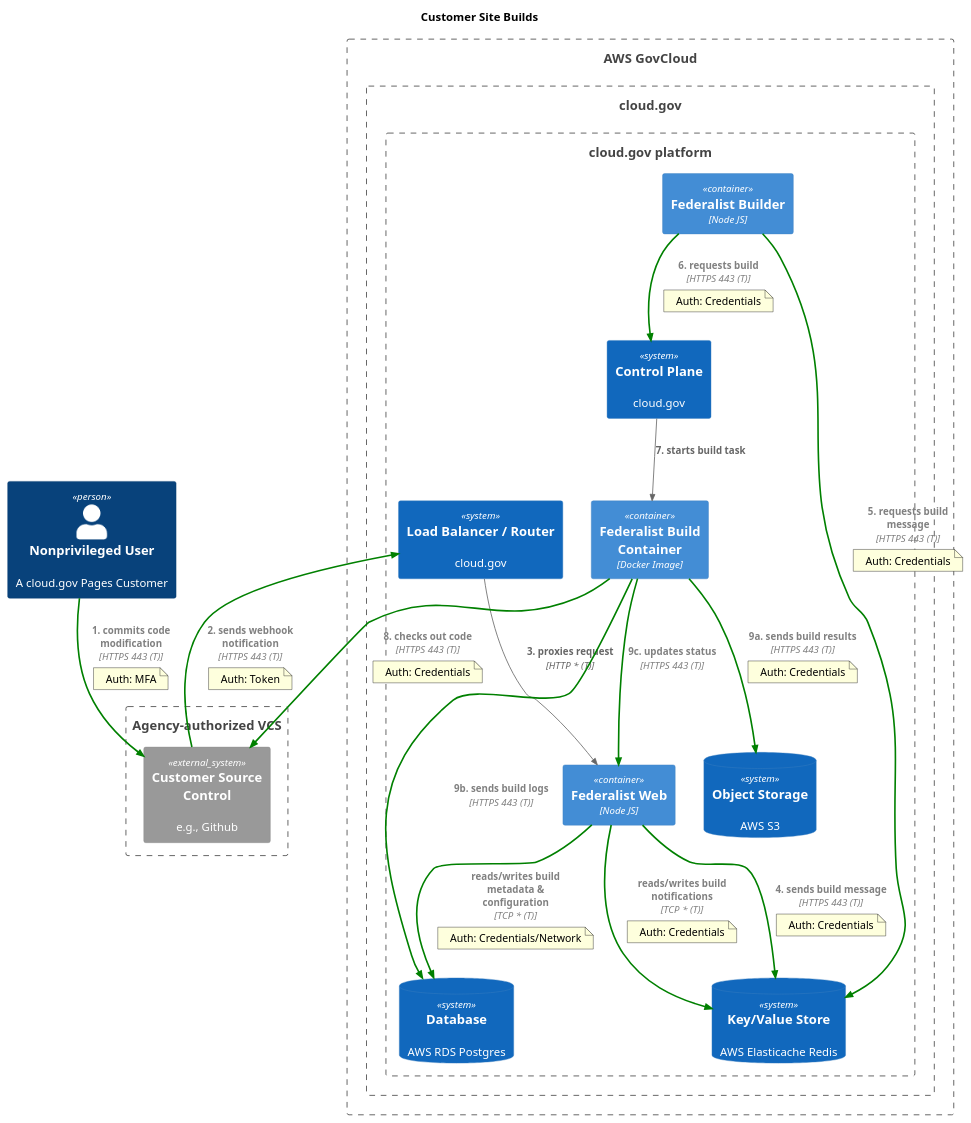
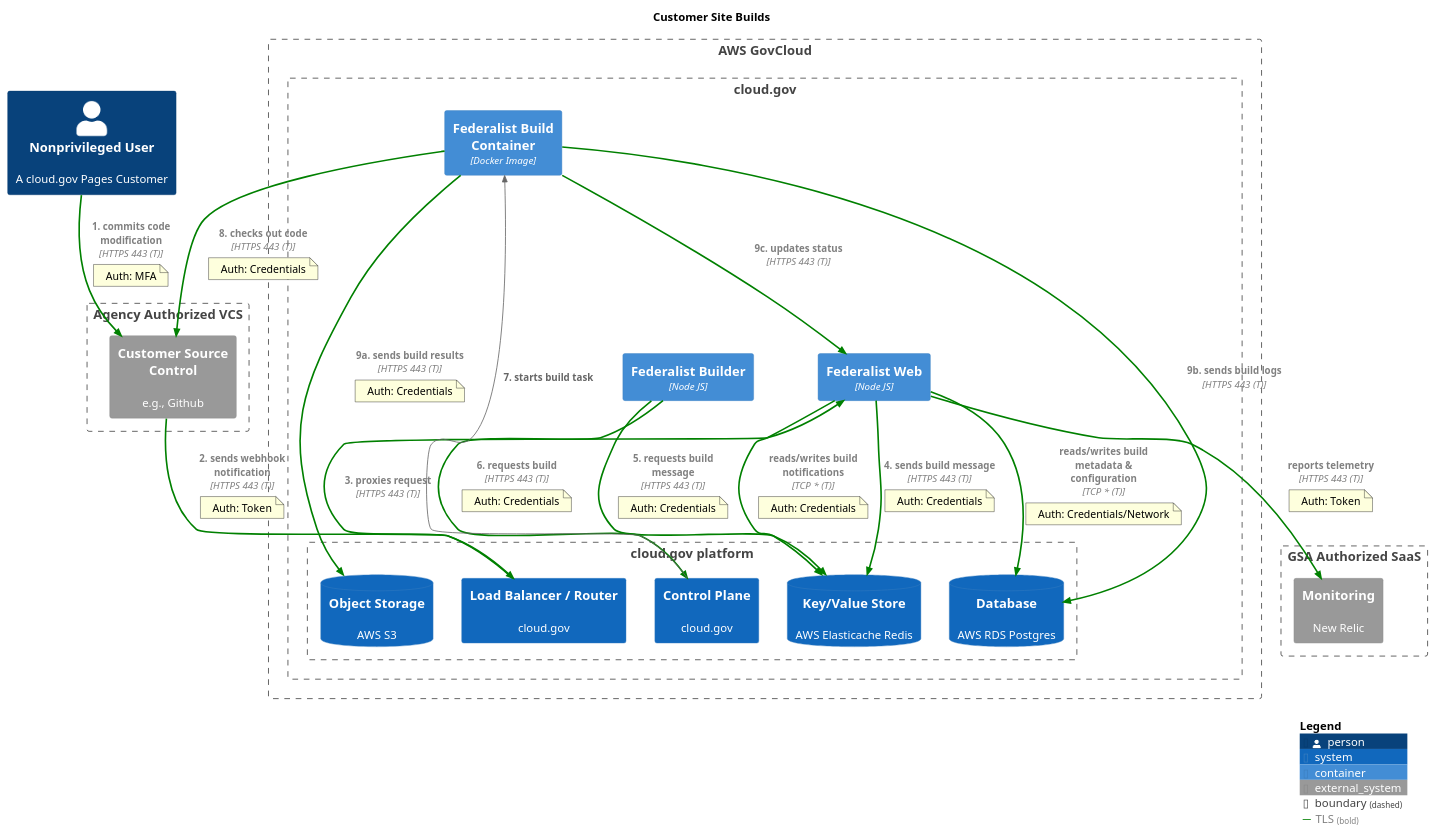
Before and after one commit to cloud-gov/system-diagrams: the diagram in source/diagrams/pages/builds.puml, drawn with PlantUML. The commit also changed 7 other files, not shown here.

Commit message:
update diagrams

```diff
--- a/source/diagrams/pages/builds.puml
+++ b/source/diagrams/pages/builds.puml
@@ -1,89 +1,98 @@
 @startuml builds
 !include https://raw.githubusercontent.com/plantuml-stdlib/C4-PlantUML/master/C4_Container.puml
 'https://github.com/plantuml-stdlib/C4-PlantUML
 
 title Customer Site Builds
 
 AddRelTag("TLS", $textColor="grey", $lineColor="green", $lineStyle=BoldLine())
 
 Person(npu, "Nonprivileged User", "A cloud.gov Pages Customer")
 'note "Auth: Token" as webhook
 
-Boundary(gsa, "Agency-authorized VCS") {
+Boundary(gsa, "Agency Authorized VCS") {
   System_Ext(gh, "Customer Source Control", "e.g., Github")
+}
+
+Boundary(gsa2, "GSA Authorized SaaS") {
+  System_Ext(nr, "Monitoring", "New Relic")
 }
 
 Boundary(awsgov, "AWS GovCloud") {
   Boundary(cloudgov, "cloud.gov") {
+    Container(core, "Federalist Web", "Node JS")
+    Container(builder, "Federalist Builder", "Node JS")
+    Container(build, "Federalist Build Container", "Docker Image")    
     Boundary(cloudgovplat, "cloud.gov platform") {
       System(elb, "Load Balancer / Router", "cloud.gov")
       System(cc, "Control Plane", "cloud.gov")
-      Container(core, "Federalist Web", "Node JS")
-      Container(builder, "Federalist Builder", "Node JS")
-      Container(build, "Federalist Build Container", "Docker Image")
       SystemDb(db, "Database", "AWS RDS Postgres")
       SystemDb(redis, "Key/Value Store", "AWS Elasticache Redis")
       SystemDb(s3, "Object Storage", "AWS S3")
     }
   }
 }
+Rel(core, nr, "reports telemetry", "HTTPS 443 (T)", $tags="TLS")
+note on link
+  Auth: Token
+end note
 
 Rel(npu, gh, "1. commits code modification", "HTTPS 443 (T)", $tags="TLS")
 note on link
   Auth: MFA
 end note
 
 Rel(gh, elb, "2. sends webhook notification", "HTTPS 443 (T)", $tags="TLS")
 note on link
   Auth: Token
 end note
 
-Rel(elb, core, "3. proxies request", "HTTP * (T)")
+Rel(elb, core, "3. proxies request", "HTTPS 443 (T)", $tags="TLS")
 
 Rel(core, redis, "4. sends build message", "HTTPS 443 (T)", $tags="TLS")
 note on link
   Auth: Credentials
 end note
 
 Rel(builder, redis, "5. requests build message", "HTTPS 443 (T)", $tags="TLS")
 note on link
   Auth: Credentials
 end note
 
 Rel(builder, cc, "6. requests build", "HTTPS 443 (T)", $tags="TLS")
 note on link
   Auth: Credentials
 end note
 
 Rel(cc, build, "7. starts build task")
 
 Rel(build, gh, "8. checks out code", "HTTPS 443 (T)", $tags="TLS")
 note on link
   Auth: Credentials
 end note
 
 Rel(build, s3, "9a. sends build results", "HTTPS 443 (T)", $tags="TLS")
 note on link
   Auth: Credentials
 end note
 
 Rel(build, db, "9b. sends build logs", "HTTPS 443 (T)", $tags="TLS")
 Rel(build, core, "9c. updates status", "HTTPS 443 (T)", $tags="TLS")
 
 ' Other flows
 Rel(core, db, "reads/writes build metadata & configuration", "TCP * (T)", $tags="TLS")
 note on link
   Auth: Credentials/Network
 end note
 
 Rel(core, redis, "reads/writes build notifications", "TCP * (T)", $tags="TLS")
 note on link
   Auth: Credentials
 end note
 
 ' Authentication annotations
 'npu .. githubfederalistauth
 'githubfederalistauth .. core
 'gh . webhook
 'webhook ... core
+SHOW_LEGEND()
 @enduml
```
